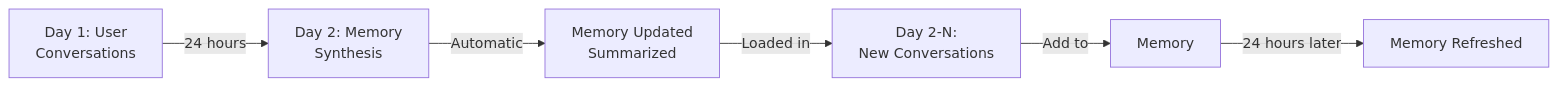
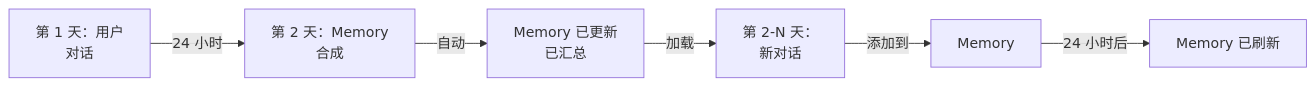
One commit to hellojoju/claude-code-lesson changed the fifth of 5 diagrams in 02-memory/README.md. Above: the diagram before and after it, drawn with Mermaid. The commit also changed other lines of this file and 9 other files, not shown here.

````diff
--- a/02-memory/README.md
+++ b/02-memory/README.md
@@ -869,8 +868,8 @@
 ```mermaid
 graph LR
-    A["Day 1: User<br/>Conversations"] -->|24 hours| B["Day 2: Memory<br/>Synthesis"]
-    B -->|Automatic| C["Memory Updated<br/>Summarized"]
-    C -->|Loaded in| D["Day 2-N:<br/>New Conversations"]
-    D -->|Add to| E["Memory"]
-    E -->|24 hours later| F["Memory Refreshed"]
+    A["第 1 天：用户<br/>对话"] -->|24 小时| B["第 2 天：Memory<br/>合成"]
+    B -->|自动| C["Memory 已更新<br/>已汇总"]
+    C -->|加载| D["第 2-N 天：<br/>新对话"]
+    D -->|添加到| E["Memory"]
+    E -->|24 小时后| F["Memory 已刷新"]
 ```
````
